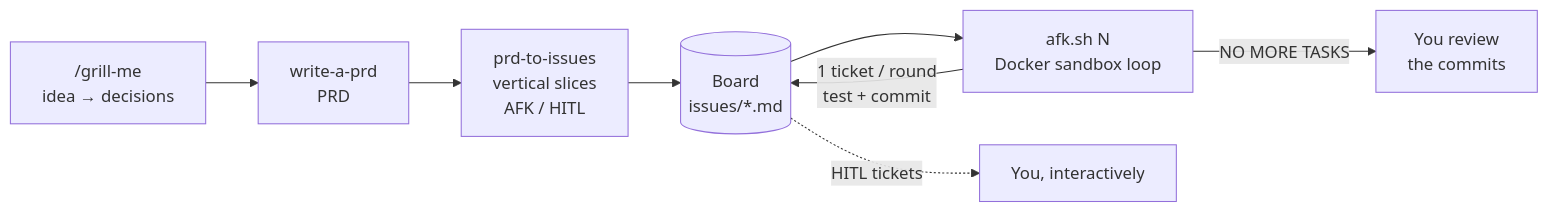
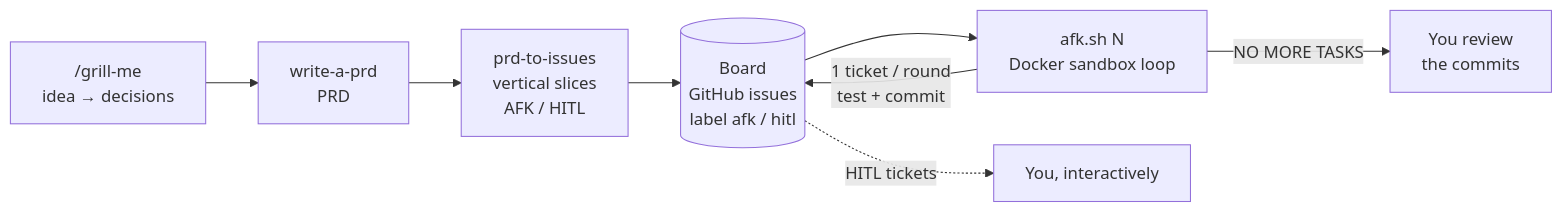
Before and after one commit to tomschinelli/ai-engineering-guide: the second of 7 diagrams in levels/07-automate.md, drawn with Mermaid. The commit also changed other lines of this file and 14 other files, not shown here.

First line of the commit message:
Keep work items out of the repo: GitHub issues + gitignored .scratch/

````diff
--- a/levels/07-automate.md
+++ b/levels/07-automate.md
@@ -84,10 +84,10 @@
 ```mermaid
 flowchart LR
     G["/grill-me<br/>idea → decisions"] --> PRD["write-a-prd<br/>PRD"]
     PRD --> TIX["prd-to-issues<br/>vertical slices<br/>AFK / HITL"]
-    TIX --> B[("Board<br/>issues/*.md")]
+    TIX --> B[("Board<br/>GitHub issues<br/>label afk / hitl")]
     B --> R["afk.sh N<br/>Docker sandbox loop"]
     R -->|"1 ticket / round<br/>test + commit"| B
     R -->|"NO MORE TASKS"| H["You review<br/>the commits"]
     B -. HITL tickets .-> YOU[You, interactively]
 ```
````
